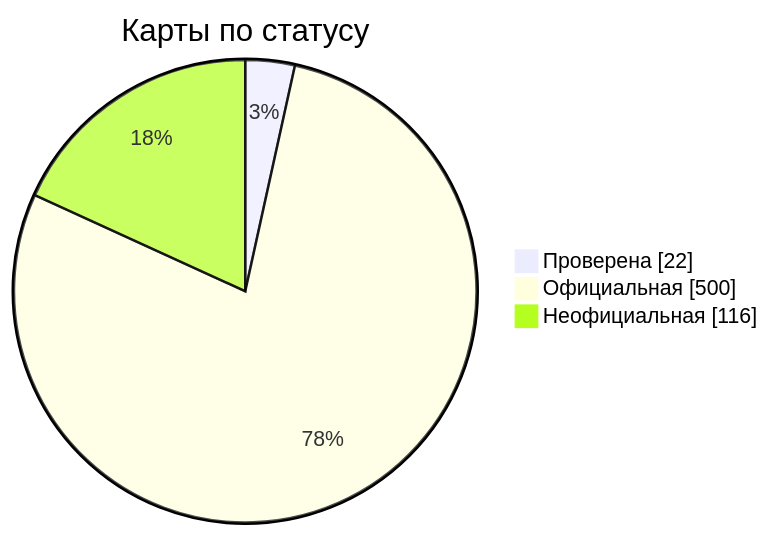
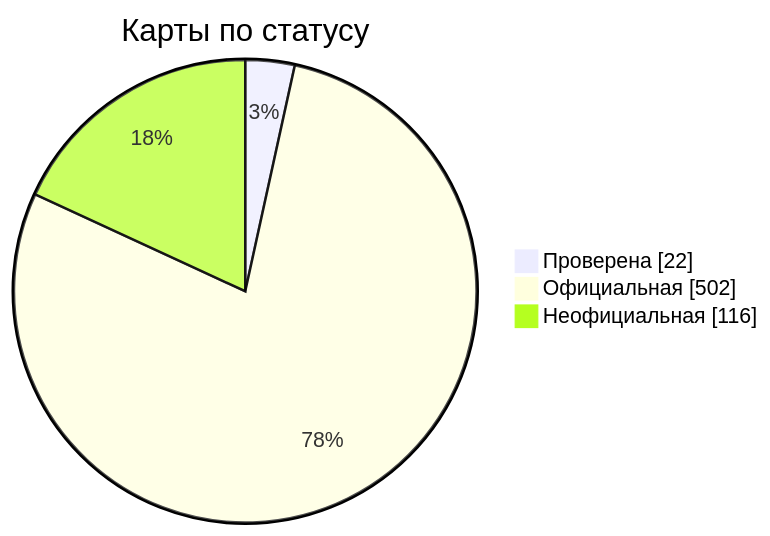
The diagram in docs/readme/README_RU.md (nobrega8/mbmap-library), drawn with Mermaid before and after one commit. The commit also changed 7 other files, not shown here.

````diff
--- a/docs/readme/README_RU.md
+++ b/docs/readme/README_RU.md
@@ -54,7 +54,7 @@
 ```mermaid
 pie showData
     title Карты по статусу
     "Проверена" : 22
-    "Официальная" : 500
+    "Официальная" : 502
     "Неофициальная" : 116
 ```
````
